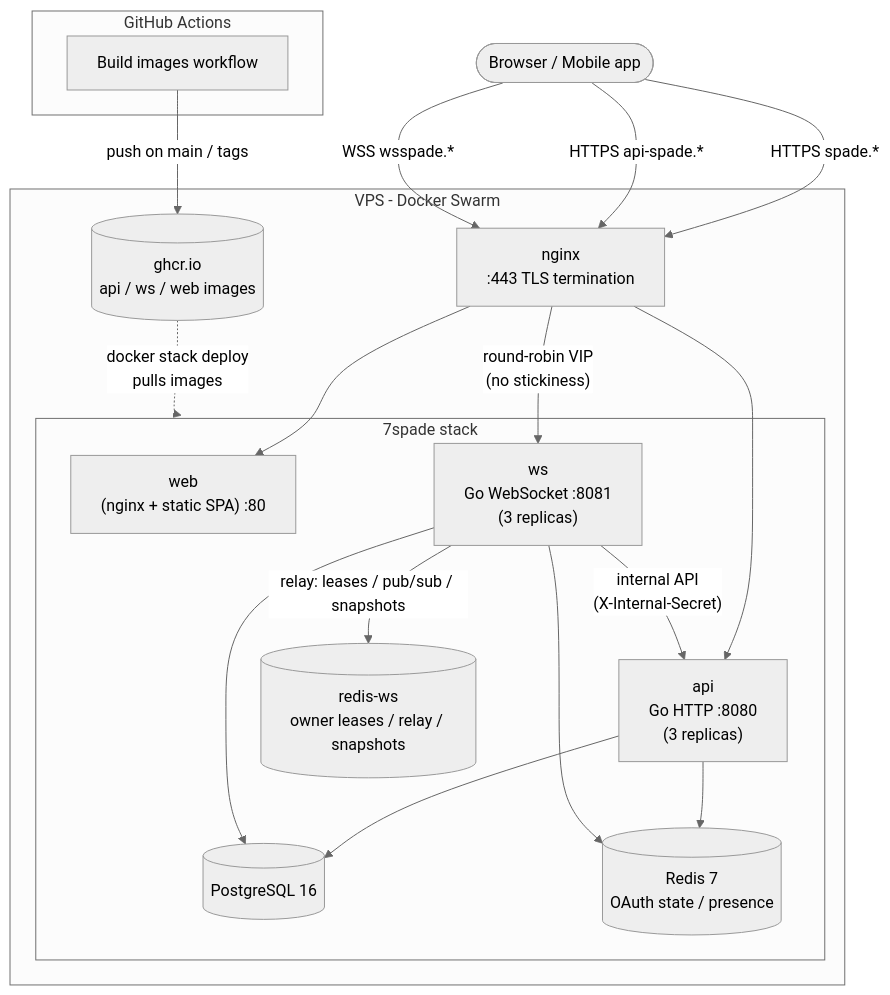
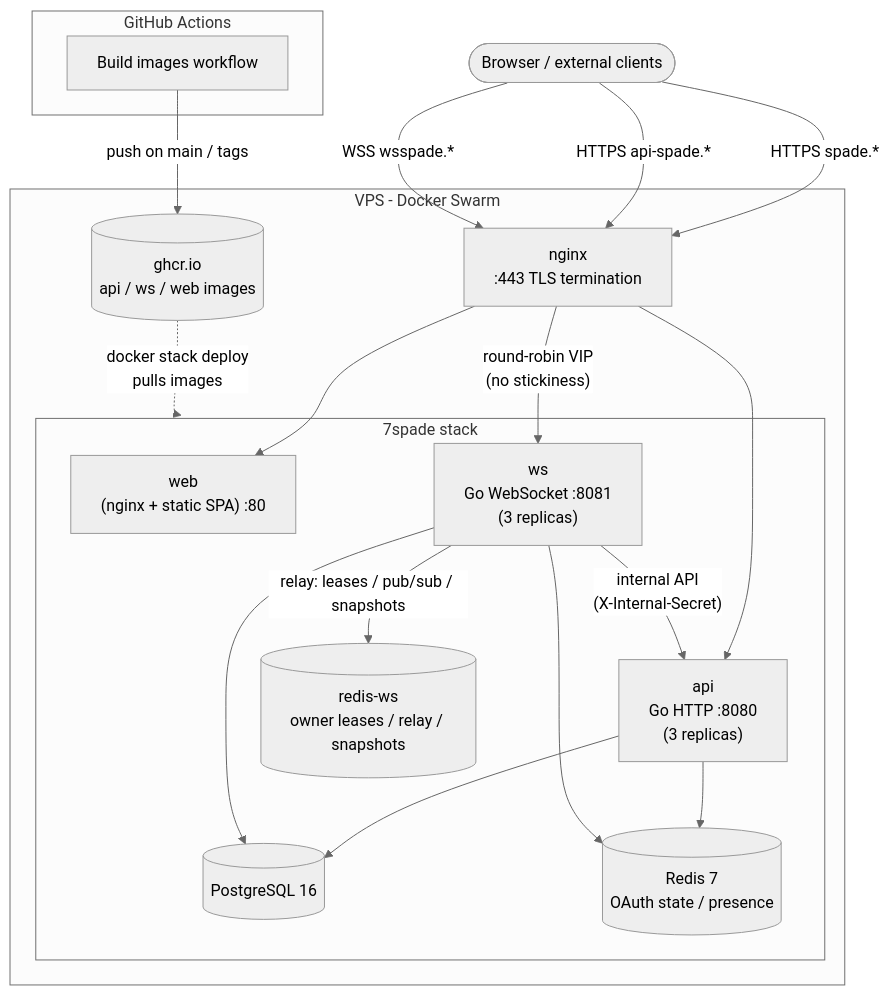
One commit to faytranevozter/7spade changed the diagram in docs/deployment/README.md. Above: the diagram before and after it, drawn with Mermaid (neutral theme). The commit also changed 99 other files, not shown here.

Commit message:
chore: remove in-repo mobile app

````diff
--- a/docs/deployment/README.md
+++ b/docs/deployment/README.md
@@ -50,40 +50,40 @@
 ```mermaid
 flowchart TB
     subgraph CI["GitHub Actions"]
         build["Build images workflow"]
     end
     ghcr[("ghcr.io<br/>api / ws / web images")]
     build -- "push on main / tags" --> ghcr
 
-    browser(["Browser / Mobile app"])
+    browser(["Browser / external clients"])
 
     subgraph vps["VPS - Docker Swarm"]
         nginx["nginx<br/>:443 TLS termination"]
 
         subgraph stack["7spade stack"]
             web["web<br/>(nginx + static SPA) :80"]
             api["api<br/>Go HTTP :8080<br/>(3 replicas)"]
             ws["ws<br/>Go WebSocket :8081<br/>(3 replicas)"]
             pg[("PostgreSQL 16")]
             redis[("Redis 7<br/>OAuth state / presence")]
             redisws[("redis-ws<br/>owner leases / relay / snapshots")]
         end
 
         ghcr -. "docker stack deploy<br/>pulls images" .-> stack
     end
 
     browser -- "HTTPS spade.*" --> nginx
     browser -- "HTTPS api-spade.*" --> nginx
     browser -- "WSS wsspade.*" --> nginx
 
     nginx --> web
     nginx --> api
     nginx -- "round-robin VIP<br/>(no stickiness)" --> ws
 
     api --> pg
     api --> redis
     ws --> pg
     ws --> redis
     ws -- "relay: leases / pub/sub / snapshots" --> redisws
     ws -- "internal API<br/>(X-Internal-Secret)" --> api
 ```
````
